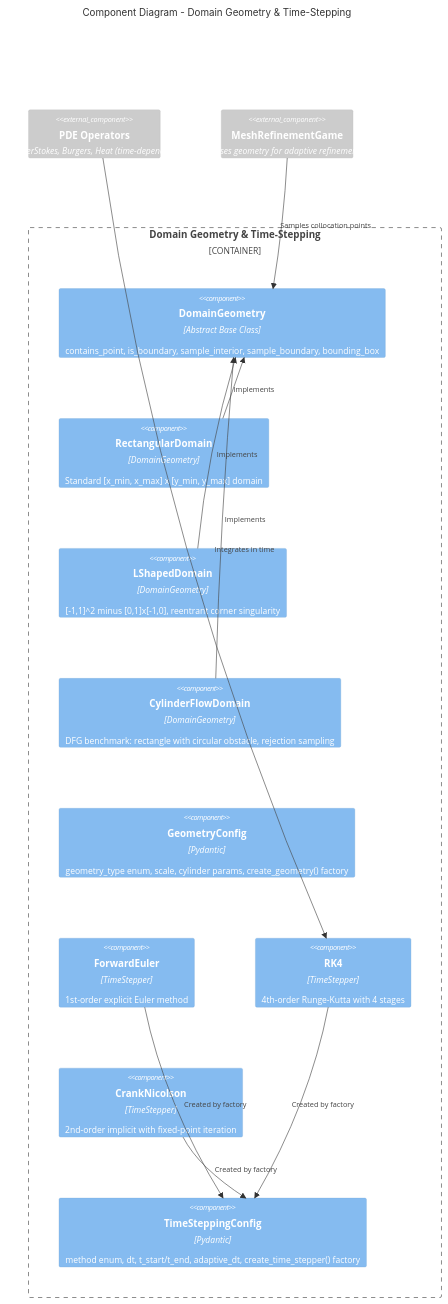
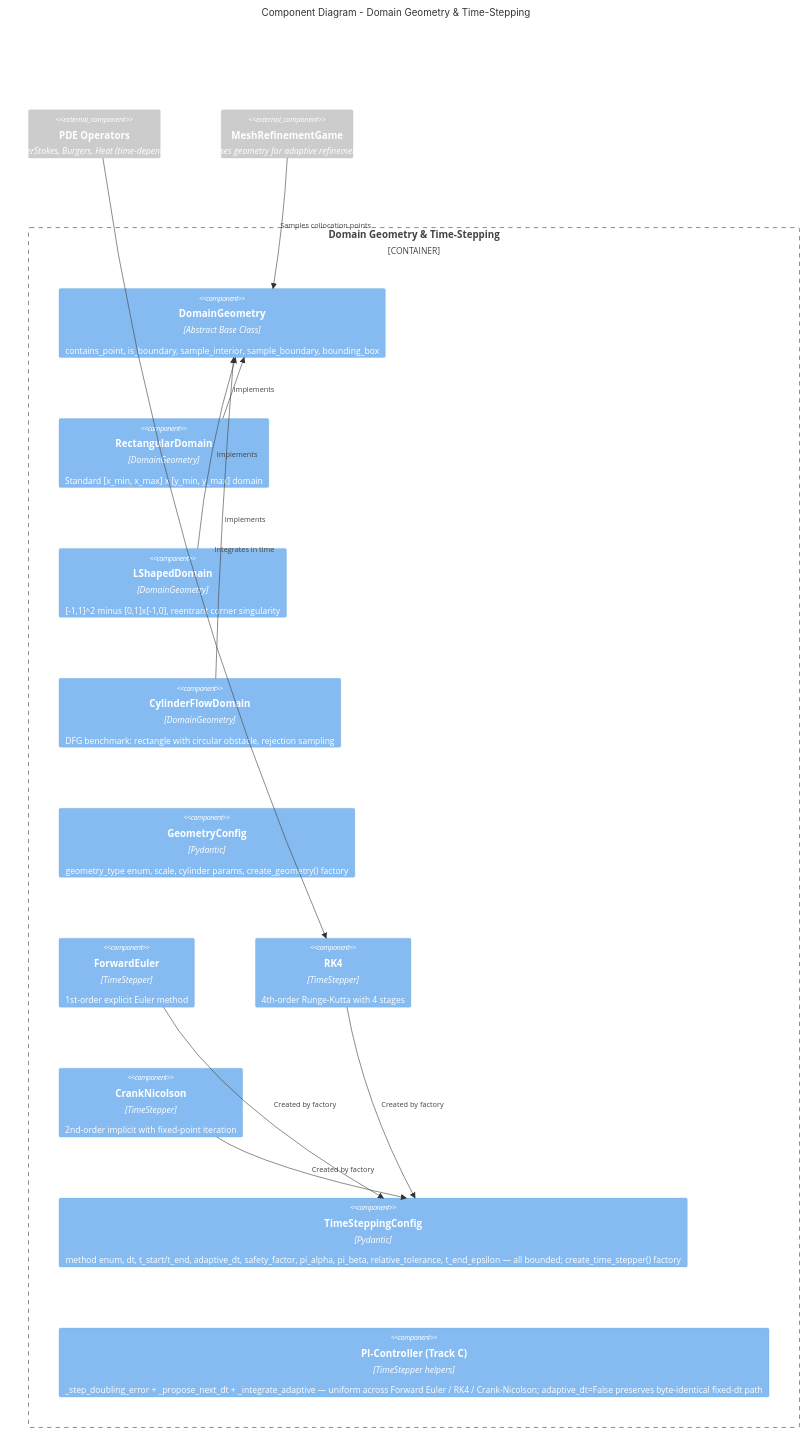
Before and after one commit to ianshank/AlphaGalerkin: diagram 22 of 25 in docs/architecture/c4_mermaid.md, drawn with Mermaid. The commit also changed other lines of this file and 3 other files, not shown here.

````diff
--- a/docs/architecture/c4_mermaid.md
+++ b/docs/architecture/c4_mermaid.md
@@ -1424,40 +1424,42 @@
 ```mermaid
 C4Component
     title Component Diagram - Domain Geometry & Time-Stepping
 
     Container_Boundary(geometry_time, "Domain Geometry & Time-Stepping") {
         Component(domain_abc, "DomainGeometry", "Abstract Base Class", "contains_point, is_boundary, sample_interior, sample_boundary, bounding_box")
 
         Component(rect_domain, "RectangularDomain", "DomainGeometry", "Standard [x_min, x_max] x [y_min, y_max] domain")
 
         Component(lshaped_domain, "LShapedDomain", "DomainGeometry", "[-1,1]^2 minus [0,1]x[-1,0], reentrant corner singularity")
 
         Component(cylinder_domain, "CylinderFlowDomain", "DomainGeometry", "DFG benchmark: rectangle with circular obstacle, rejection sampling")
 
         Component(geom_config, "GeometryConfig", "Pydantic", "geometry_type enum, scale, cylinder params, create_geometry() factory")
 
         Component(time_euler, "ForwardEuler", "TimeStepper", "1st-order explicit Euler method")
 
         Component(time_rk4, "RK4", "TimeStepper", "4th-order Runge-Kutta with 4 stages")
 
         Component(time_cn, "CrankNicolson", "TimeStepper", "2nd-order implicit with fixed-point iteration")
 
-        Component(time_config, "TimeSteppingConfig", "Pydantic", "method enum, dt, t_start/t_end, adaptive_dt, create_time_stepper() factory")
+        Component(time_config, "TimeSteppingConfig", "Pydantic", "method enum, dt, t_start/t_end, adaptive_dt, safety_factor, pi_alpha, pi_beta, relative_tolerance, t_end_epsilon — all bounded; create_time_stepper() factory")
+
+        Component(pi_controller, "PI-Controller (Track C)", "TimeStepper helpers", "_step_doubling_error + _propose_next_dt + _integrate_adaptive — uniform across Forward Euler / RK4 / Crank-Nicolson; adaptive_dt=False preserves byte-identical fixed-dt path")
     }
 
     Component_Ext(pde_operators, "PDE Operators", "NavierStokes, Burgers, Heat (time-dependent)")
     Component_Ext(mesh_game, "MeshRefinementGame", "Uses geometry for adaptive refinement")
 
     Rel(rect_domain, domain_abc, "Implements")
     Rel(lshaped_domain, domain_abc, "Implements")
     Rel(cylinder_domain, domain_abc, "Implements")
 
     Rel(time_euler, time_config, "Created by factory")
     Rel(time_rk4, time_config, "Created by factory")
     Rel(time_cn, time_config, "Created by factory")
 
     Rel(pde_operators, time_rk4, "Integrates in time")
     Rel(mesh_game, domain_abc, "Samples collocation points")
 
     UpdateLayoutConfig($c4ShapeInRow="3", $c4BoundaryInRow="1")
 ```
````
